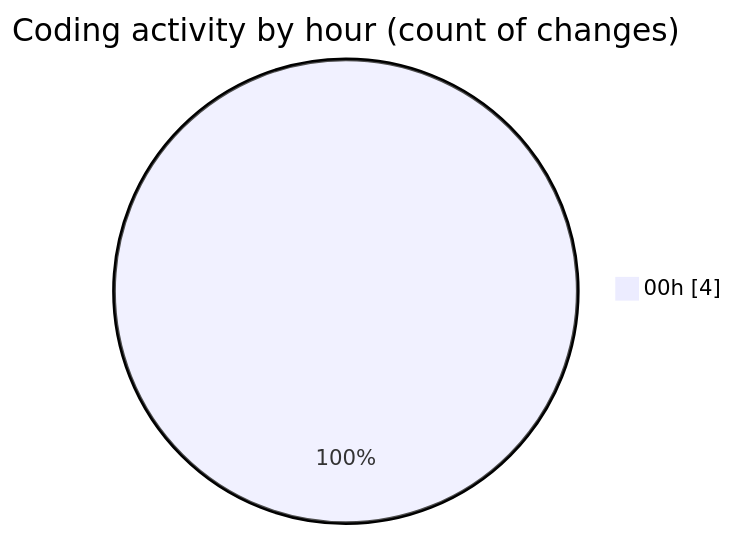
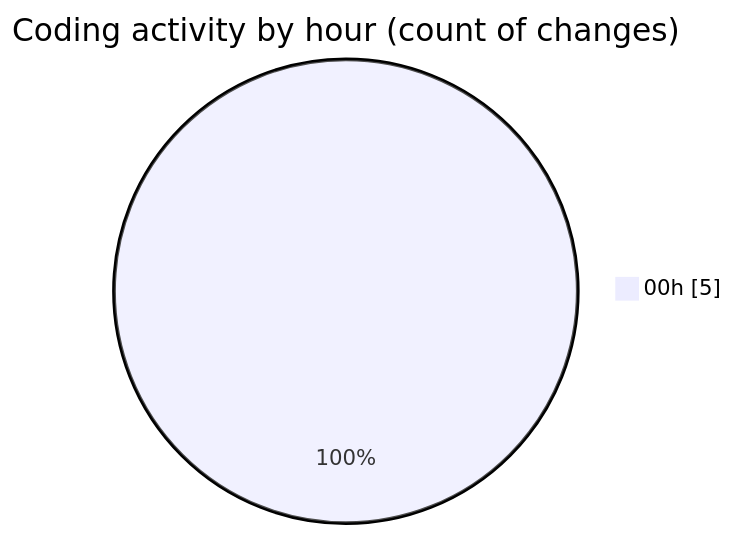
The second of 2 diagrams in 2025-06-22/archive/README.md (JenPaints/code-tracking), drawn with Mermaid before and after one commit. The commit also changed other lines of this file and 1 other file, not shown here.

````diff
--- a/2025-06-22/archive/README.md
+++ b/2025-06-22/archive/README.md
@@ -31,5 +32,5 @@
 ```mermaid
 pie showData
 title Coding activity by hour (count of changes)
-"00h" : 4
+"00h" : 5
 ```
````
